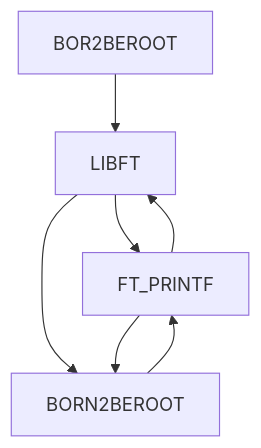
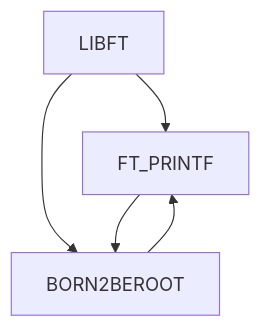
The second of 2 diagrams in README.md (yassinebhk/42cursus), drawn with Mermaid before and after one commit.

````diff
--- a/README.md
+++ b/README.md
@@ -11,9 +11,7 @@
 ```mermaid
 graph TD;
     LIBFT --> FT_PRINTF;
     LIBFT --> BORN2BEROOT
     FT_PRINTF --> BORN2BEROOT
     BORN2BEROOT --> FT_PRINTF
-    BOR2BEROOT --> LIBFT
-    FT_PRINTF --> LIBFT
 ```
````
